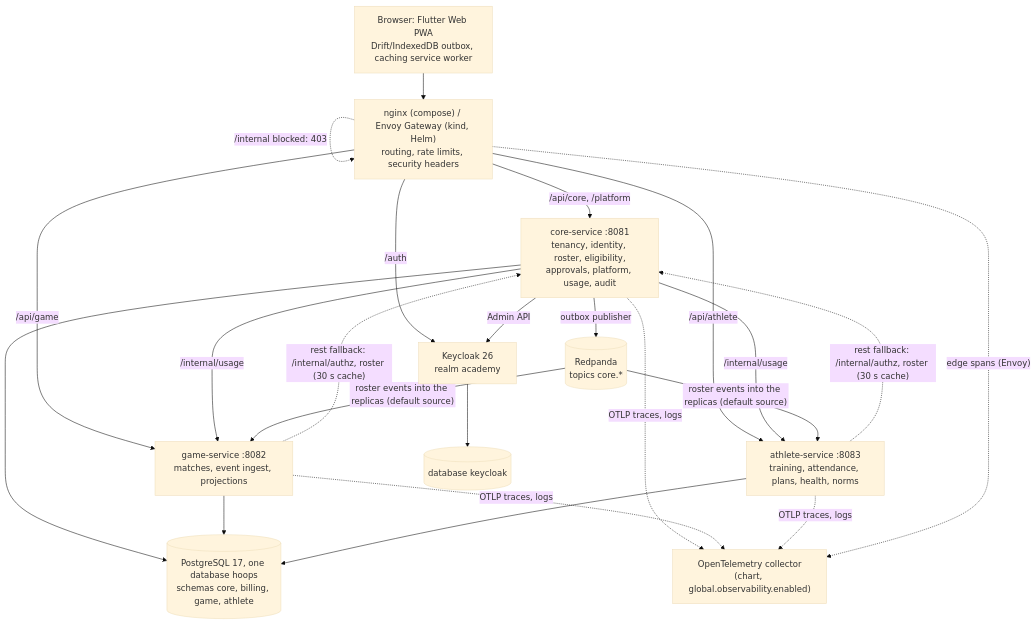
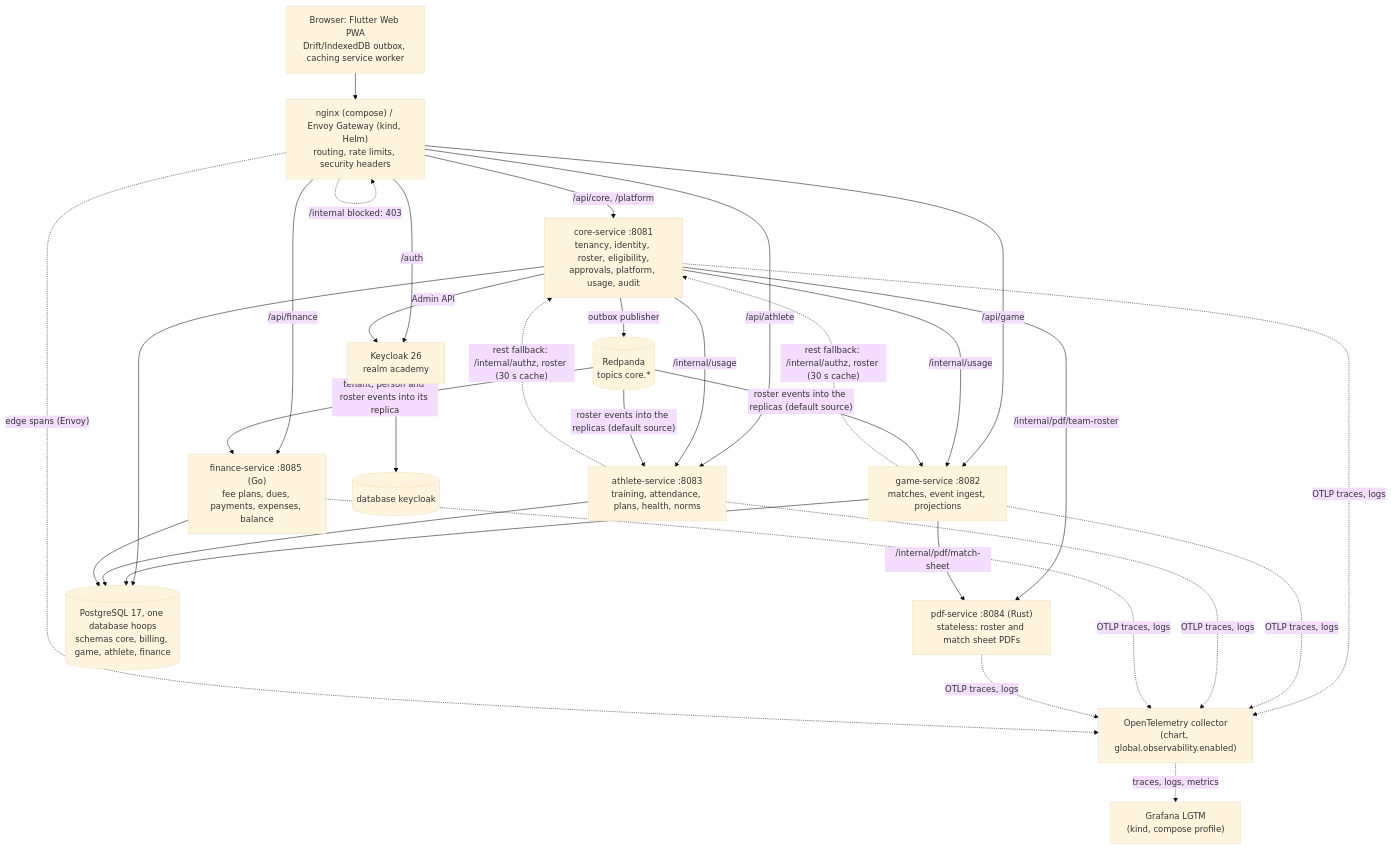
The second of 7 diagrams in docs/architecture.md (davidbejar/hoops-academy), drawn with Mermaid (base theme) before and after one commit. The commit also changed other lines of this file and 26 other files, not shown here.

First line of the commit message:
docs: eighth round docs pass: handover, follow-ups, conformance, roadmap, architecture, ADR index, guides (WP125)

````diff
--- a/docs/architecture.md
+++ b/docs/architecture.md
@@ -32,33 +32,42 @@
 ```mermaid
 flowchart TB
   B["Browser: Flutter Web PWA<br/>Drift/IndexedDB outbox, caching service worker"]
   N["nginx (compose) / Envoy Gateway (kind, Helm)<br/>routing, rate limits, security headers"]
   KC["Keycloak 26<br/>realm academy"]
   CORE["core-service :8081<br/>tenancy, identity, roster, eligibility,<br/>approvals, platform, usage, audit"]
   GAME["game-service :8082<br/>matches, event ingest, projections"]
   ATH["athlete-service :8083<br/>training, attendance, plans, health, norms"]
-  PG[("PostgreSQL 17, one database hoops<br/>schemas core, billing, game, athlete")]
+  FIN["finance-service :8085 (Go)<br/>fee plans, dues, payments, expenses, balance"]
+  PDF["pdf-service :8084 (Rust)<br/>stateless: roster and match sheet PDFs"]
+  PG[("PostgreSQL 17, one database hoops<br/>schemas core, billing, game, athlete, finance")]
   KCDB[("database keycloak")]
   RP[("Redpanda<br/>topics core.*")]
   OT["OpenTelemetry collector<br/>(chart, global.observability.enabled)"]
+  LGTM["Grafana LGTM<br/>(kind, compose profile)"]
   B --> N
   N -->|"/auth"| KC
   N -->|"/api/core, /platform"| CORE
   N -->|"/api/game"| GAME
   N -->|"/api/athlete"| ATH
+  N -->|"/api/finance"| FIN
   N -. "/internal blocked: 403" .-> N
   GAME -. "rest fallback: /internal/authz, roster (30 s cache)" .-> CORE
   ATH -. "rest fallback: /internal/authz, roster (30 s cache)" .-> CORE
   CORE -->|"/internal/usage"| GAME
   CORE -->|"/internal/usage"| ATH
+  CORE -->|"/internal/pdf/team-roster"| PDF
+  GAME -->|"/internal/pdf/match-sheet"| PDF
   CORE --> PG
   GAME --> PG
   ATH --> PG
+  FIN --> PG
   KC --> KCDB
   CORE -->|"Admin API"| KC
   CORE -->|"outbox publisher"| RP
   RP -->|"roster events into the replicas (default source)"| GAME
   RP -->|"roster events into the replicas (default source)"| ATH
-  CORE & GAME & ATH -. "OTLP traces, logs" .-> OT
+  RP -->|"tenant, person and roster events into its replica"| FIN
+  CORE & GAME & ATH & FIN & PDF -. "OTLP traces, logs" .-> OT
   N -. "edge spans (Envoy)" .-> OT
+  OT -. "traces, logs, metrics" .-> LGTM
 ```
````
